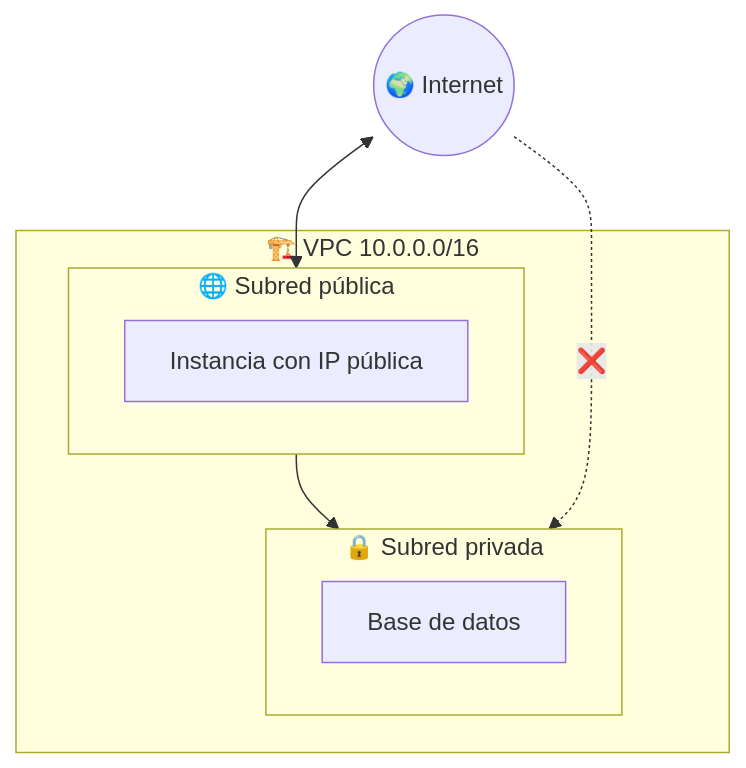
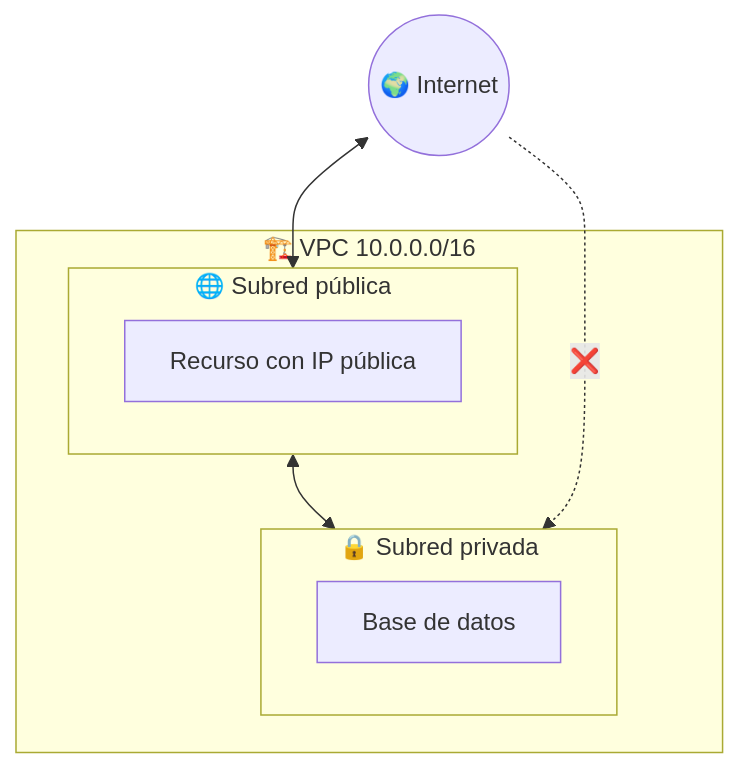
One commit to aitorventura/introduccion-nube changed the first of 2 diagrams in docs/tema2/vpc-diseno.md. Above: the diagram before and after it, drawn with Mermaid. The commit also changed other lines of this file and 41 other files, not shown here.

````diff
--- a/docs/tema2/vpc-diseno.md
+++ b/docs/tema2/vpc-diseno.md
@@ -43,14 +43,14 @@
 ```mermaid
 flowchart TB
     subgraph VPC["🏗️ VPC 10.0.0.0/16"]
         subgraph Pub["🌐 Subred pública"]
-            EC2["Instancia con IP pública"]
+            EC2["Recurso con IP pública"]
         end
         subgraph Priv["🔒 Subred privada"]
             DB["Base de datos"]
         end
     end
     Internet(("🌍 Internet")) <--> Pub
-    Pub --> Priv
+    Pub <--> Priv
     Internet -.->|❌| Priv
 ```
````
